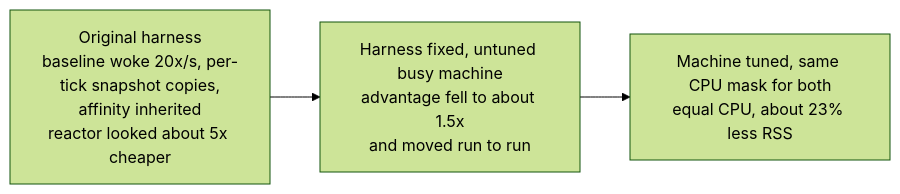
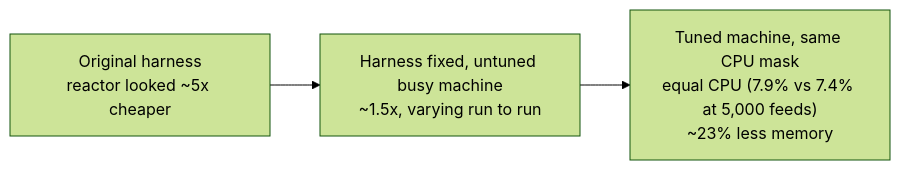
Before and after one commit to Shri2909/Vigil-Low-latency-TCP-heartbeat-monitor: the first of 2 diagrams in METHODOLOGY.md, drawn with Mermaid (forest theme). The commit also changed other lines of this file and 4 other files, not shown here.

First line of the commit message:
Rewrite README, ARCHITECTURE and METHODOLOGY for a quick read

````diff
--- a/METHODOLOGY.md
+++ b/METHODOLOGY.md
@@ -95,5 +71,5 @@
 ```mermaid
 flowchart LR
-    A["Original harness<br/>baseline woke 20x/s, per-tick snapshot copies,<br/>affinity inherited<br/>reactor looked about 5x cheaper"] --> B["Harness fixed, untuned busy machine<br/>advantage fell to about 1.5x<br/>and moved run to run"]
-    B --> C["Machine tuned, same CPU mask for both<br/>equal CPU, about 23% less RSS"]
+    A["Original harness<br/>reactor looked ~5x cheaper"] --> B["Harness fixed, untuned busy machine<br/>~1.5x, varying run to run"]
+    B --> C["Tuned machine, same CPU mask<br/>equal CPU (7.9% vs 7.4% at 5,000 feeds)<br/>~23% less memory"]
 ```
````
